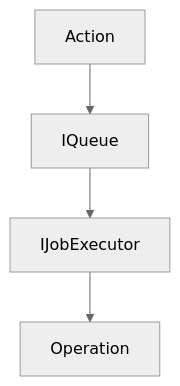
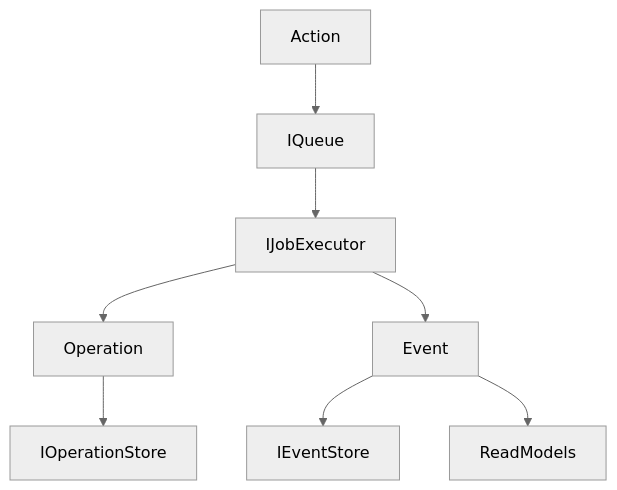
Before and after one commit to powerhouse-inc/powerhouse: the diagram in packages/reactor/docs/planning/Operations/index.md, drawn with Mermaid (neutral theme). The commit also changed other lines of this file and 7 other files, not shown here.

````diff
--- a/packages/reactor/docs/planning/Operations/index.md
+++ b/packages/reactor/docs/planning/Operations/index.md
@@ -218,4 +213,7 @@
 ```mermaid
 graph TD
-    Action --> IQueue --> IJobExecutor --> Operation
+    Action --> IQueue --> IJobExecutor
+    IJobExecutor --> Operation --> IOperationStore
+    IJobExecutor --> Event --> IEventStore
+    Event --> ReadModels
 ```
````
